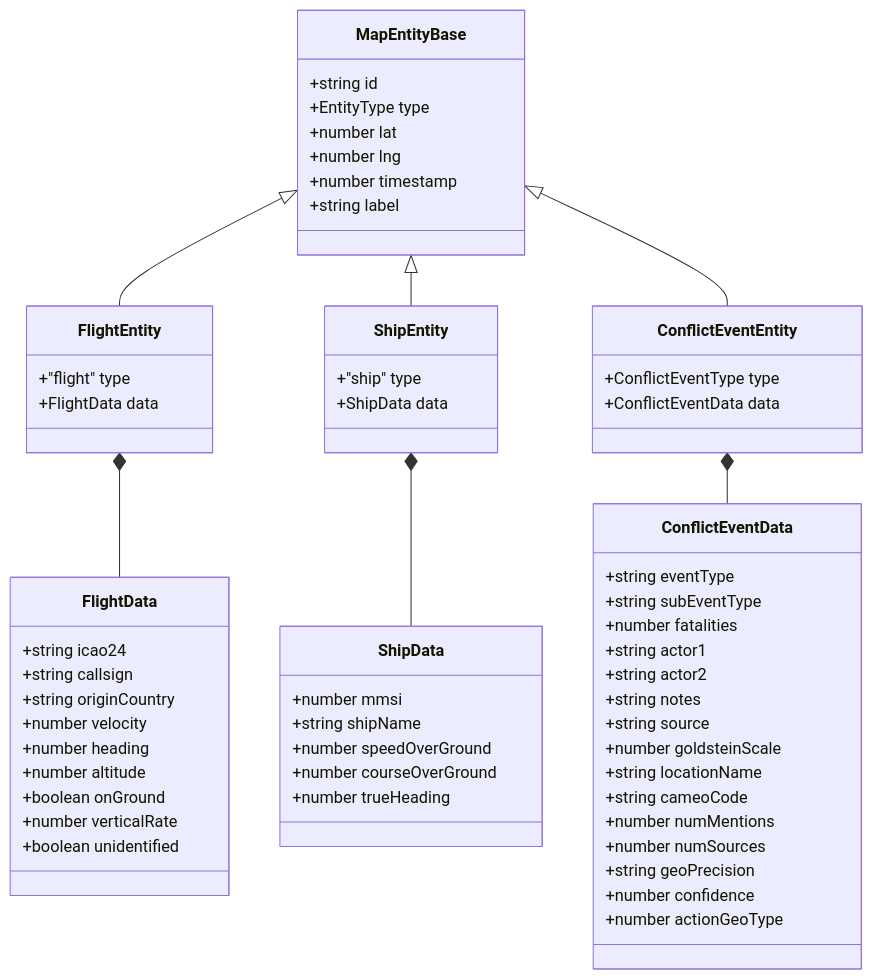
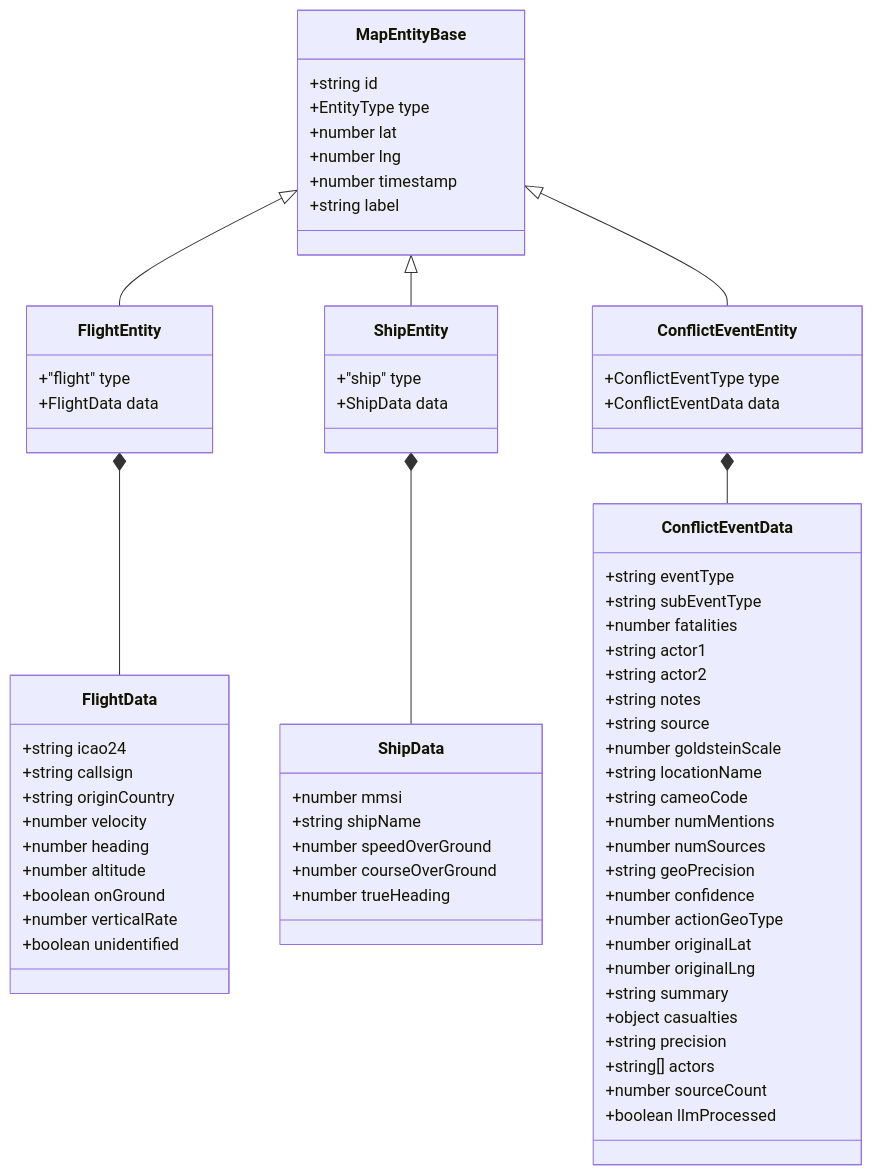
The diagram in docs/architecture/ontology/types.md (zack-maz/onthegrid.icm), drawn with Mermaid before and after one commit. The commit also changed other lines of this file and 5 other files, not shown here.

First line of the commit message:
docs(27-06): update architecture docs and CLAUDE.md for Phase 27

````diff
--- a/docs/architecture/ontology/types.md
+++ b/docs/architecture/ontology/types.md
@@ -20,71 +20,79 @@
 ```mermaid
 classDiagram
     class MapEntityBase {
         +string id
         +EntityType type
         +number lat
         +number lng
         +number timestamp
         +string label
     }
 
     class FlightEntity {
         +"flight" type
         +FlightData data
     }
 
     class ShipEntity {
         +"ship" type
         +ShipData data
     }
 
     class ConflictEventEntity {
         +ConflictEventType type
         +ConflictEventData data
     }
 
     class FlightData {
         +string icao24
         +string callsign
         +string originCountry
         +number velocity
         +number heading
         +number altitude
         +boolean onGround
         +number verticalRate
         +boolean unidentified
     }
 
     class ShipData {
         +number mmsi
         +string shipName
         +number speedOverGround
         +number courseOverGround
         +number trueHeading
     }
 
     class ConflictEventData {
         +string eventType
         +string subEventType
         +number fatalities
         +string actor1
         +string actor2
         +string notes
         +string source
         +number goldsteinScale
         +string locationName
         +string cameoCode
         +number numMentions
         +number numSources
         +string geoPrecision
         +number confidence
         +number actionGeoType
+        +number originalLat
+        +number originalLng
+        +string summary
+        +object casualties
+        +string precision
+        +string[] actors
+        +number sourceCount
+        +boolean llmProcessed
     }
 
     MapEntityBase <|-- FlightEntity
     MapEntityBase <|-- ShipEntity
     MapEntityBase <|-- ConflictEventEntity
     FlightEntity *-- FlightData
     ShipEntity *-- ShipData
     ConflictEventEntity *-- ConflictEventData
 ```
````
